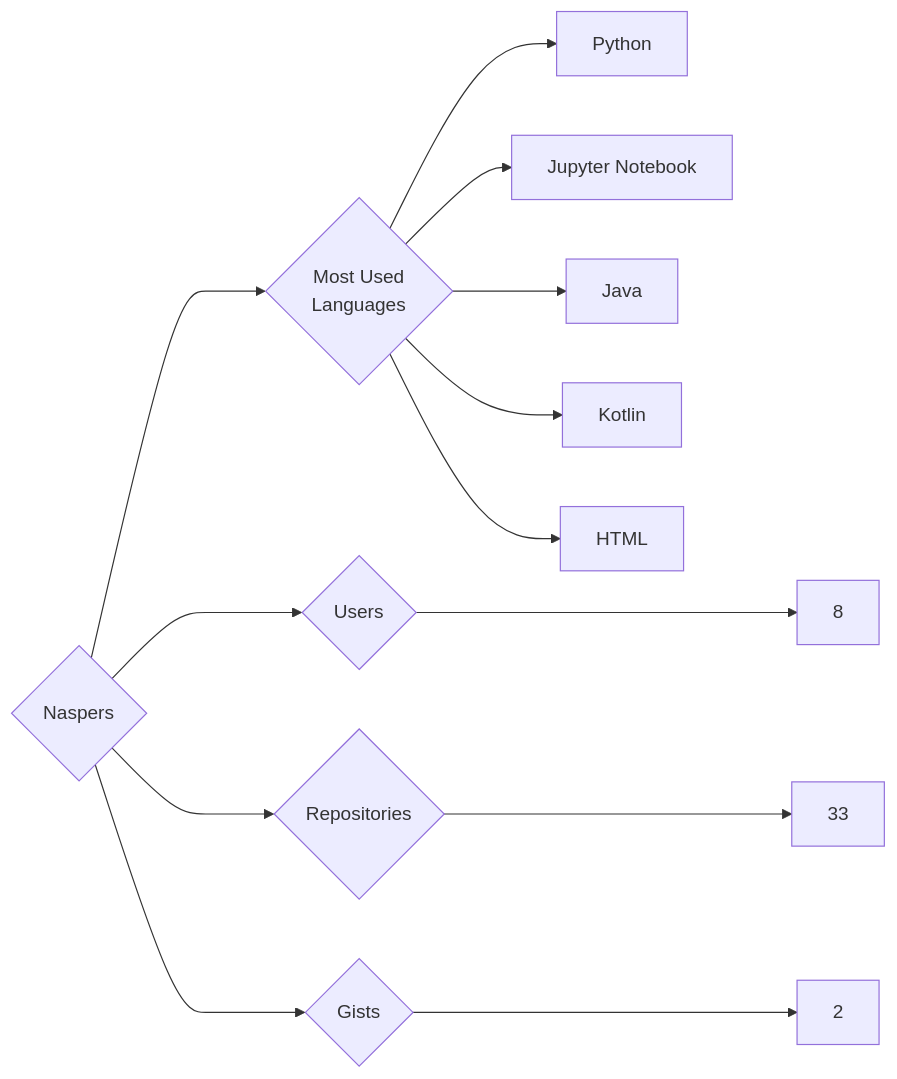
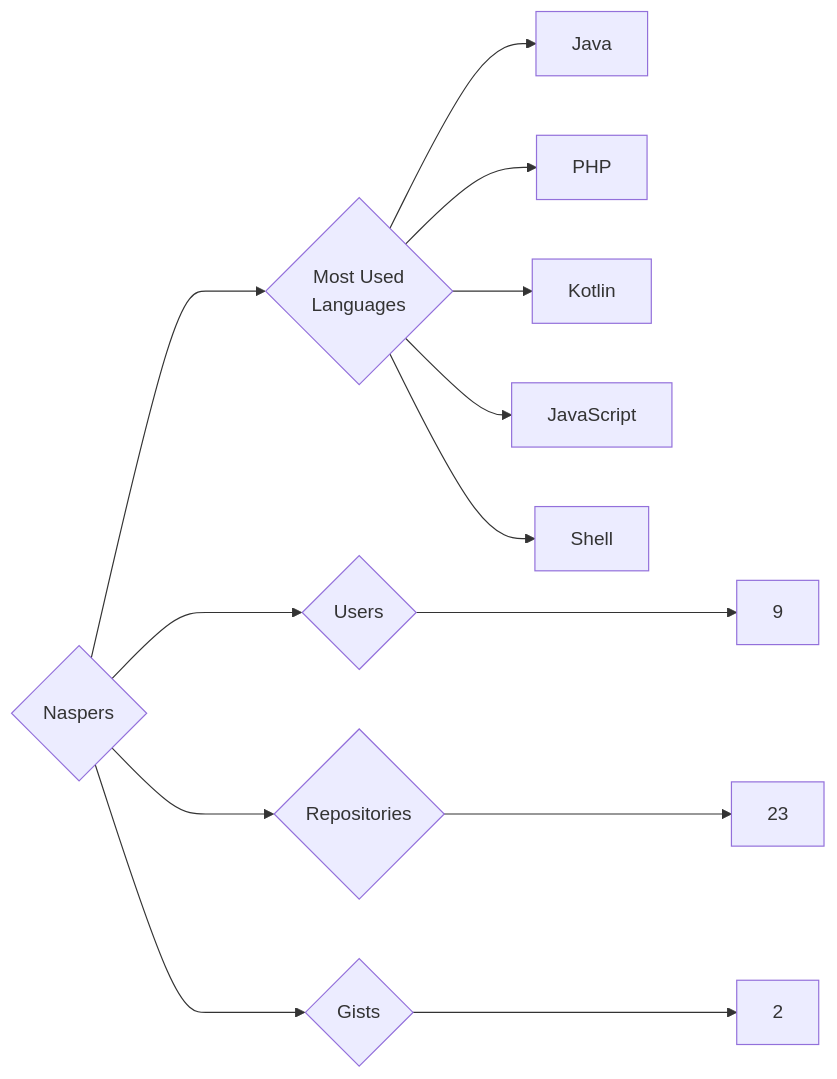
One commit to trickest/insiders changed the diagram in targets/Naspers/README.md. Above: the diagram before and after it, drawn with Mermaid. The commit also changed 814 other files, not shown here.

````diff
--- a/targets/Naspers/README.md
+++ b/targets/Naspers/README.md
@@ -3,13 +3,13 @@
 ```mermaid
 graph LR
 COMPANY_NAME{Naspers}
-COMPANY_NAME ---> U{Users} ---> UN[8]
-COMPANY_NAME ---> R{Repositories} ---> RN[33]
+COMPANY_NAME ---> U{Users} ---> UN[9]
+COMPANY_NAME ---> R{Repositories} ---> RN[23]
 COMPANY_NAME ---> G{Gists} ---> GN[2]
 COMPANY_NAME ---> ML{Most Used<br>Languages}
-ML --> Python[Python]
-ML --> Jupyter_Notebook[Jupyter Notebook]
 ML --> Java[Java]
+ML --> PHP[PHP]
 ML --> Kotlin[Kotlin]
-ML --> HTML[HTML]
+ML --> JavaScript[JavaScript]
+ML --> Shell[Shell]
 ```
````
